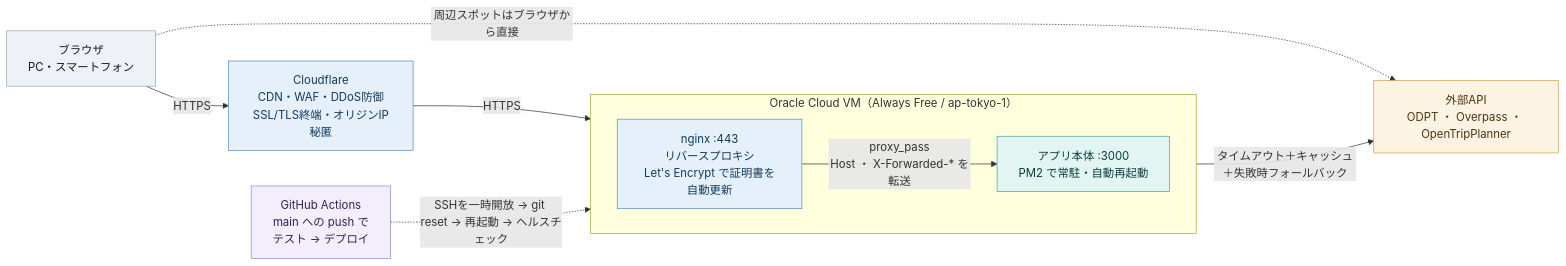
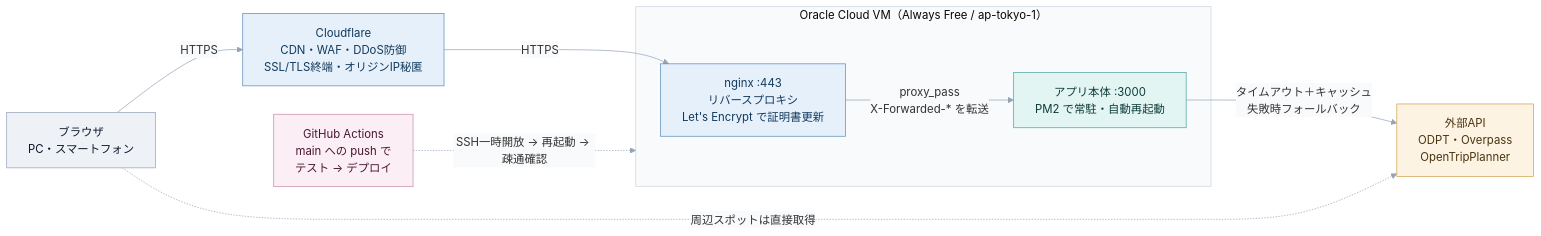
Before and after one commit to HR0101/EkiHub: the second of 2 diagrams in README.md, drawn with Mermaid. The commit also changed other lines of this file, not shown here.

Commit message:
docs: READMEの構成図を調整

````diff
--- a/README.md
+++ b/README.md
@@ -268,33 +270,34 @@
 ```mermaid
+%%{init: {"theme":"base","themeVariables":{"textColor":"#1f2937","lineColor":"#94a3b8","clusterBkg":"#f8fafc","clusterBorder":"#cbd5e1","edgeLabelBackground":"#f8fafc"},"flowchart":{"curve":"basis","wrappingWidth":400,"nodeSpacing":40,"rankSpacing":70}}}%%
 flowchart LR
   U["ブラウザ<br/>PC・スマートフォン"]
   CF["Cloudflare<br/>CDN・WAF・DDoS防御<br/>SSL/TLS終端・オリジンIP秘匿"]
 
   subgraph VM["Oracle Cloud VM（Always Free / ap-tokyo-1）"]
-    direction LR
-    NG["nginx :443<br/>リバースプロキシ<br/>Let's Encrypt で証明書を自動更新"]
+    NG["nginx :443<br/>リバースプロキシ<br/>Let's Encrypt で証明書更新"]
     APP["アプリ本体 :3000<br/>PM2 で常駐・自動再起動"]
-    NG -- "proxy_pass<br/>Host ・ X-Forwarded-* を転送" --> APP
+    NG -- "proxy_pass<br/>X-Forwarded-* を転送" --> APP
   end
 
-  EX["外部API<br/>ODPT ・ Overpass ・ OpenTripPlanner"]
+  EX["外部API<br/>ODPT・Overpass<br/>OpenTripPlanner"]
   GH["GitHub Actions<br/>main への push で<br/>テスト → デプロイ"]
 
   U -- "HTTPS" --> CF
   CF -- "HTTPS" --> NG
-  APP -- "タイムアウト＋キャッシュ＋失敗時フォールバック" --> EX
-  U -. "周辺スポットはブラウザから直接" .-> EX
-  GH -. "SSHを一時開放 → git reset → 再起動 → ヘルスチェック" .-> VM
+  APP -- "タイムアウト＋キャッシュ<br/>失敗時フォールバック" --> EX
+  U -. "周辺スポットは直接取得" .-> EX
+  GH -. "SSH一時開放 → 再起動 → 疎通確認" .-> VM
 
   classDef client fill:#eef2f7,stroke:#94a3b8,color:#0f172a
-  classDef net fill:#e6f0fb,stroke:#5b8db8,color:#123a5c
-  classDef app fill:#e3f5f3,stroke:#4aa3a0,color:#0d3d3b
+  classDef route fill:#e6f0fb,stroke:#5b8db8,color:#123a5c
+  classDef logic fill:#e3f5f3,stroke:#4aa3a0,color:#0d3d3b
+  classDef data fill:#f3eefb,stroke:#9b83c9,color:#332154
   classDef ext fill:#fdf3e3,stroke:#d0a24c,color:#4a3410
-  classDef ci fill:#f3eefb,stroke:#9b83c9,color:#332154
+  classDef ci fill:#fbeef4,stroke:#c98bab,color:#4a1730
 
   class U client
-  class CF,NG net
-  class APP app
+  class CF,NG route
+  class APP logic
   class EX ext
   class GH ci
 ```
````
